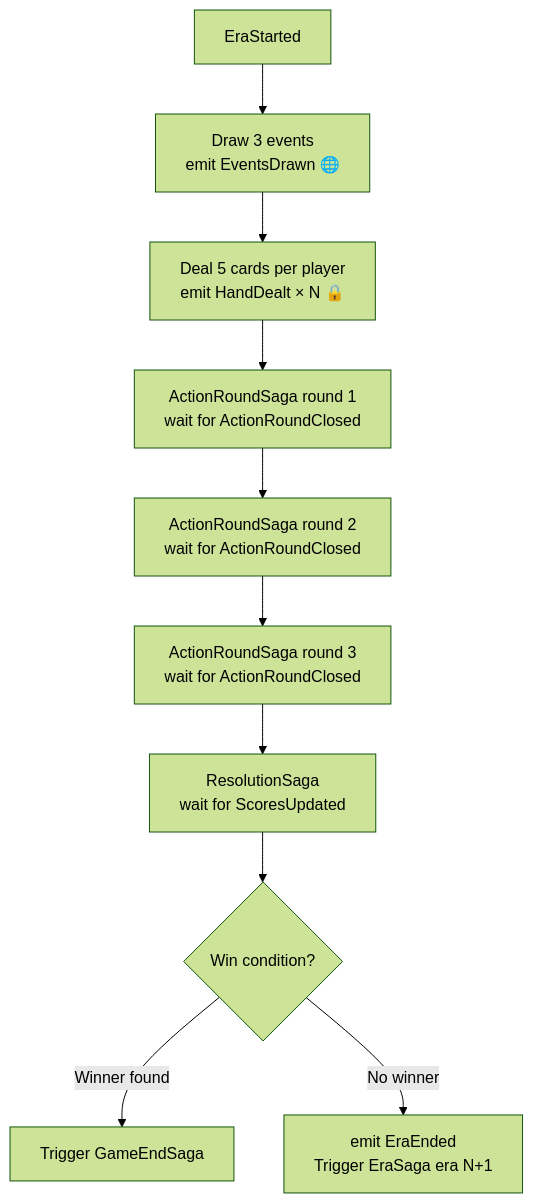
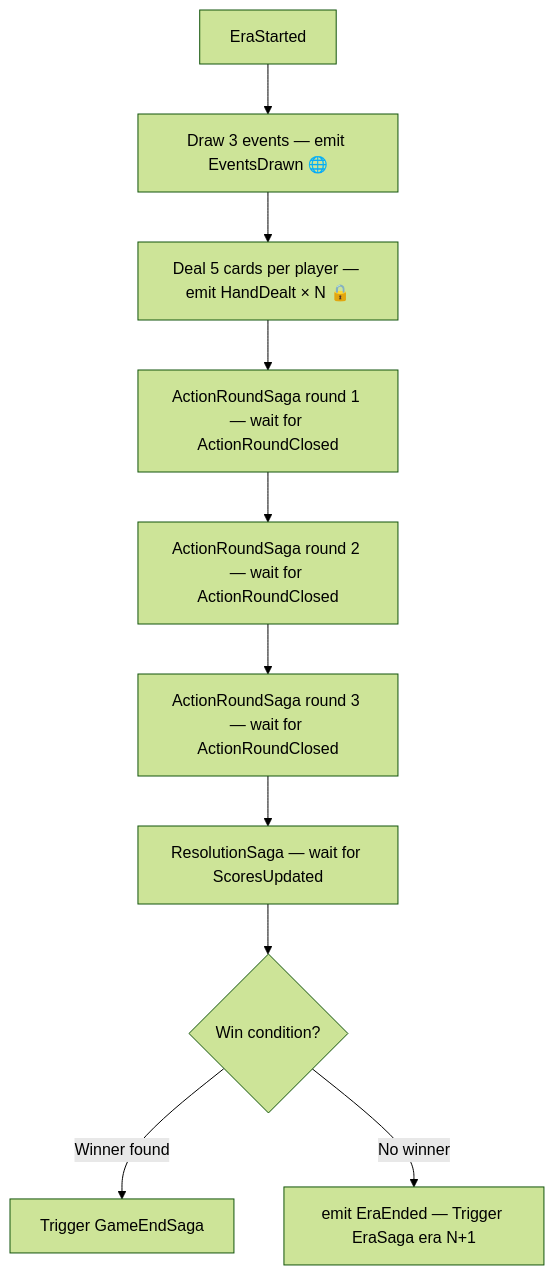
The diagram in sagas/era.mdx (temporal-rift/docs), drawn with Mermaid (forest theme) before and after one commit. The commit also changed 9 other files, not shown here.

First line of the commit message:
fix: replace literal \n in Mermaid node labels with em-dash separator

````diff
--- a/sagas/era.mdx
+++ b/sagas/era.mdx
@@ -12,12 +12,12 @@
 ```mermaid
 flowchart TD
-  A[EraStarted] --> B[Draw 3 events\nemit EventsDrawn 🌐]
-  B --> C[Deal 5 cards per player\nemit HandDealt × N 🔒]
-  C --> D[ActionRoundSaga round 1\nwait for ActionRoundClosed]
-  D --> E[ActionRoundSaga round 2\nwait for ActionRoundClosed]
-  E --> F[ActionRoundSaga round 3\nwait for ActionRoundClosed]
-  F --> G[ResolutionSaga\nwait for ScoresUpdated]
+  A[EraStarted] --> B[Draw 3 events — emit EventsDrawn 🌐]
+  B --> C[Deal 5 cards per player — emit HandDealt × N 🔒]
+  C --> D[ActionRoundSaga round 1 — wait for ActionRoundClosed]
+  D --> E[ActionRoundSaga round 2 — wait for ActionRoundClosed]
+  E --> F[ActionRoundSaga round 3 — wait for ActionRoundClosed]
+  F --> G[ResolutionSaga — wait for ScoresUpdated]
   G --> H{Win condition?}
   H -->|Winner found| I[Trigger GameEndSaga]
-  H -->|No winner| J[emit EraEnded\nTrigger EraSaga era N+1]
+  H -->|No winner| J[emit EraEnded — Trigger EraSaga era N+1]
 ```
````
